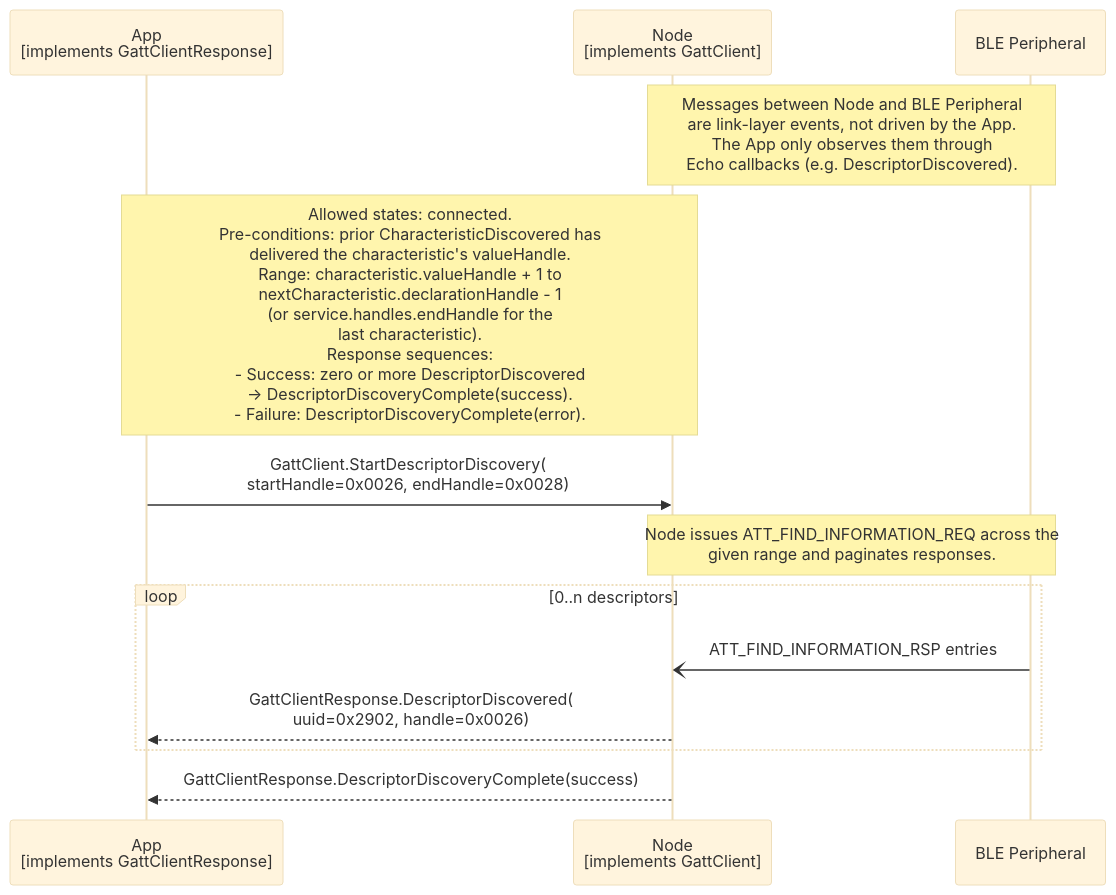
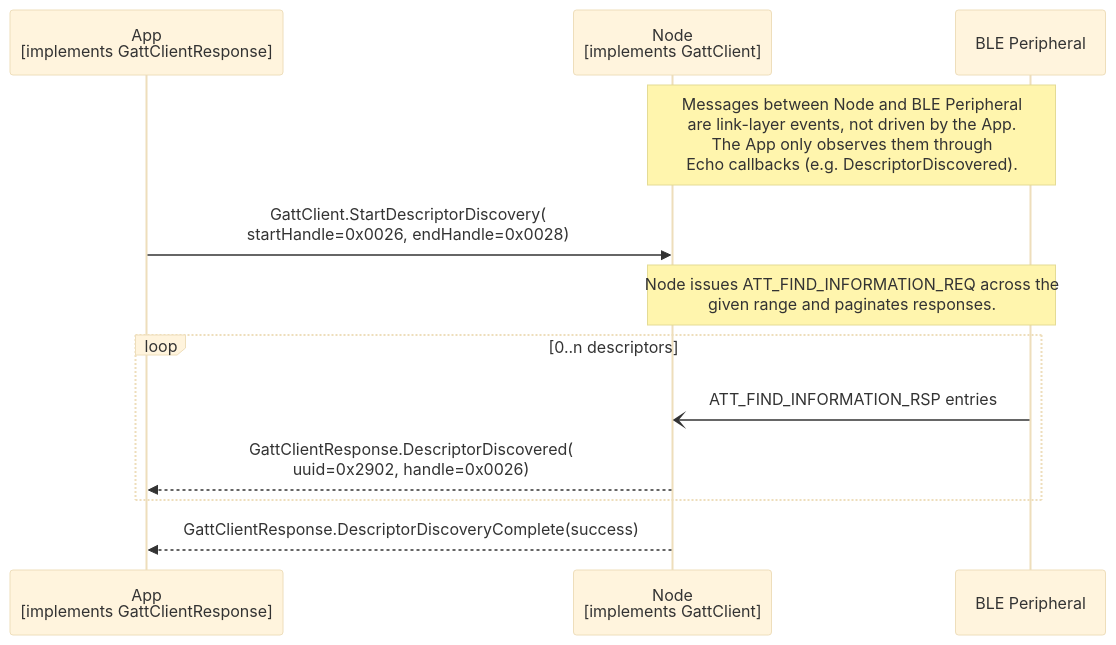
Before and after one commit to philips-software/amp-embedded-infra-lib: the diagram in documents/modules/ROOT/partials/echoservices/gatt_client/GattClient_StartDescriptorDiscovery_sequence.mmd, drawn with Mermaid (base theme). The commit also changed 16 other files, not shown here.

```diff
--- a/documents/modules/ROOT/partials/echoservices/gatt_client/GattClient_StartDescriptorDiscovery_sequence.mmd
+++ b/documents/modules/ROOT/partials/echoservices/gatt_client/GattClient_StartDescriptorDiscovery_sequence.mmd
@@ -1,15 +1,14 @@
 sequenceDiagram
     participant App as App<br>[implements GattClientResponse]
     participant Node as Node<br>[implements GattClient]
     participant Peripheral as BLE Peripheral
 
     Note over Node, Peripheral: Messages between Node and BLE Peripheral<br>are link-layer events, not driven by the App.<br>The App only observes them through<br>Echo callbacks (e.g. DescriptorDiscovered).
-    Note over App, Node: Allowed states: connected.<br>Pre-conditions: prior CharacteristicDiscovered has<br>delivered the characteristic's valueHandle.<br>Range: characteristic.valueHandle + 1 to<br>nextCharacteristic.declarationHandle - 1<br>(or service.handles.endHandle for the<br>last characteristic).<br>Response sequences:<br>- Success: zero or more DescriptorDiscovered<br>  -> DescriptorDiscoveryComplete(success).<br>- Failure: DescriptorDiscoveryComplete(error).
 
     App->>Node: GattClient.StartDescriptorDiscovery(<br>startHandle=0x0026, endHandle=0x0028)
     Note over Node, Peripheral: Node issues ATT_FIND_INFORMATION_REQ across the<br>given range and paginates responses.
     loop 0..n descriptors
         Peripheral-)Node: ATT_FIND_INFORMATION_RSP entries
         Node-->>App: GattClientResponse.DescriptorDiscovered(<br>uuid=0x2902, handle=0x0026)
     end
     Node-->>App: GattClientResponse.DescriptorDiscoveryComplete(success)
```
